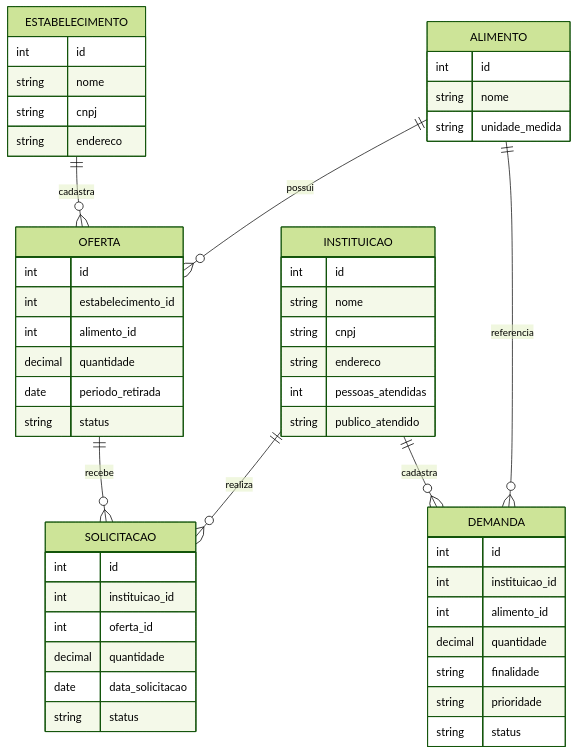
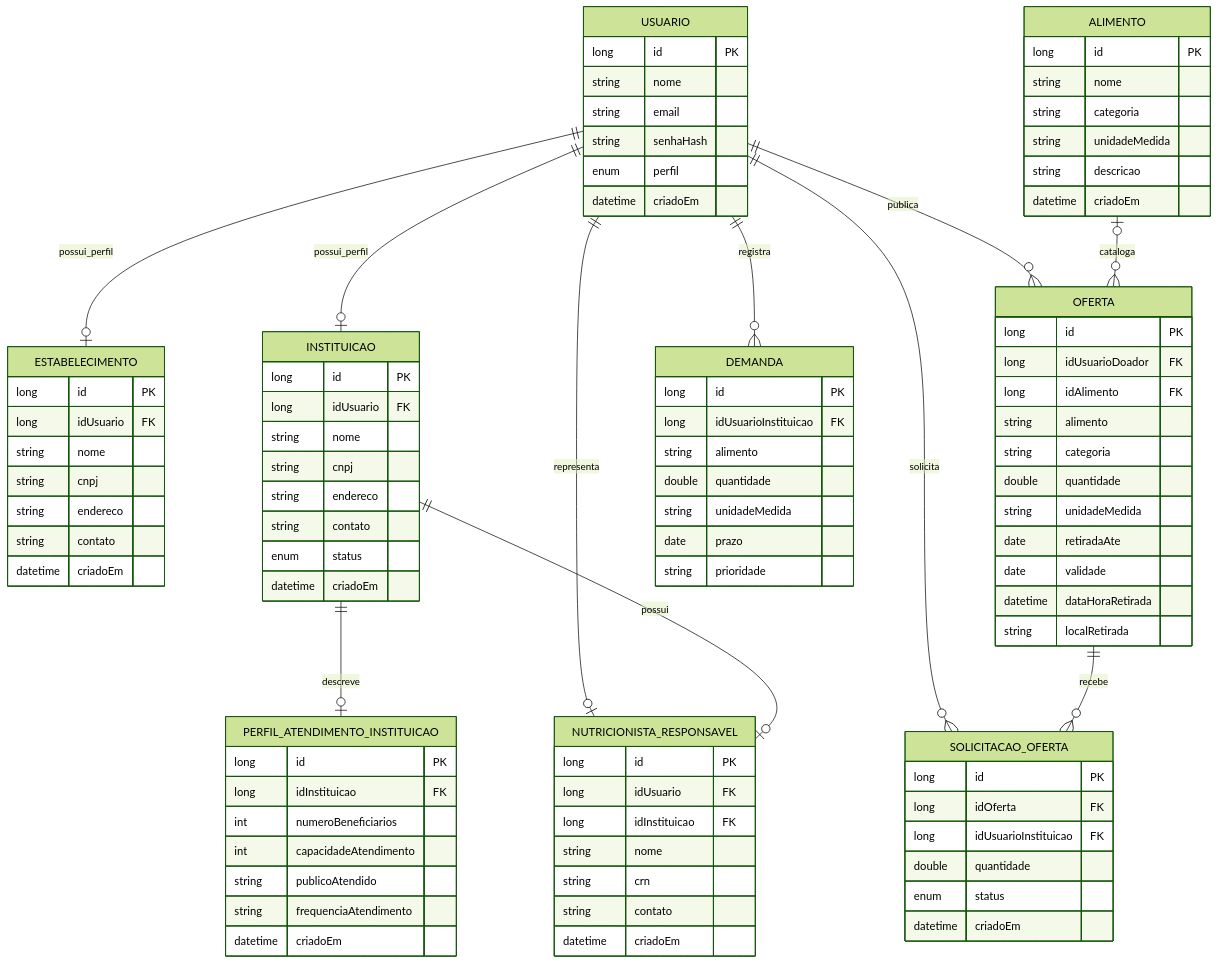
One commit to liviafgs/TrabalhoPratico-eng-software changed the fourth of 4 diagrams in modelaem/modelagem.md. Above: the diagram before and after it, drawn with Mermaid (forest theme). The commit also changed 1 other file, not shown here.

Commit message:
fix: modelagem de diagrama

````diff
--- a/modelaem/modelagem.md
+++ b/modelaem/modelagem.md
@@ -117,60 +117,105 @@
 ```mermaid
 erDiagram
+    USUARIO ||--o| ESTABELECIMENTO : possui_perfil
+    USUARIO ||--o| INSTITUICAO : possui_perfil
+    USUARIO ||--o{ OFERTA : publica
+    USUARIO ||--o{ DEMANDA : registra
+    USUARIO ||--o{ SOLICITACAO_OFERTA : solicita
+    USUARIO ||--o| NUTRICIONISTA_RESPONSAVEL : representa
+    INSTITUICAO ||--o| PERFIL_ATENDIMENTO_INSTITUICAO : descreve
+    INSTITUICAO ||--o| NUTRICIONISTA_RESPONSAVEL : possui
+    OFERTA ||--o{ SOLICITACAO_OFERTA : recebe
+    ALIMENTO o|--o{ OFERTA : cataloga
 
-    ESTABELECIMENTO ||--o{ OFERTA : cadastra
-    INSTITUICAO ||--o{ SOLICITACAO : realiza
-    OFERTA ||--o{ SOLICITACAO : recebe
-    INSTITUICAO ||--o{ DEMANDA : cadastra
-    ALIMENTO ||--o{ OFERTA : possui
-    ALIMENTO ||--o{ DEMANDA : referencia
+    USUARIO {
+        long id PK
+        string nome
+        string email
+        string senhaHash
+        enum perfil
+        datetime criadoEm
+    }
 
     ESTABELECIMENTO {
-        int id
+        long id PK
+        long idUsuario FK
         string nome
         string cnpj
         string endereco
+        string contato
+        datetime criadoEm
     }
 
     INSTITUICAO {
-        int id
+        long id PK
+        long idUsuario FK
         string nome
         string cnpj
         string endereco
-        int pessoas_atendidas
-        string publico_atendido
+        string contato
+        enum status
+        datetime criadoEm
+    }
+
+    PERFIL_ATENDIMENTO_INSTITUICAO {
+        long id PK
+        long idInstituicao FK
+        int numeroBeneficiarios
+        int capacidadeAtendimento
+        string publicoAtendido
+        string frequenciaAtendimento
+        datetime criadoEm
+    }
+
+    NUTRICIONISTA_RESPONSAVEL {
+        long id PK
+        long idUsuario FK
+        long idInstituicao FK
+        string nome
+        string crn
+        string contato
+        datetime criadoEm
+    }
+
+    ALIMENTO {
+        long id PK
+        string nome
+        string categoria
+        string unidadeMedida
+        string descricao
+        datetime criadoEm
     }
 
     OFERTA {
-        int id
-        int estabelecimento_id
-        int alimento_id
-        decimal quantidade
-        date periodo_retirada
-        string status
-    }
-
-    SOLICITACAO {
-        int id
-        int instituicao_id
-        int oferta_id
-        decimal quantidade
-        date data_solicitacao
-        string status
+        long id PK
+        long idUsuarioDoador FK
+        long idAlimento FK
+        string alimento
+        string categoria
+        double quantidade
+        string unidadeMedida
+        date retiradaAte
+        date validade
+        datetime dataHoraRetirada
+        string localRetirada
     }
 
     DEMANDA {
-        int id
-        int instituicao_id
-        int alimento_id
-        decimal quantidade
-        string finalidade
+        long id PK
+        long idUsuarioInstituicao FK
+        string alimento
+        double quantidade
+        string unidadeMedida
+        date prazo
         string prioridade
-        string status
     }
 
-    ALIMENTO {
-        int id
-        string nome
-        string unidade_medida
+    SOLICITACAO_OFERTA {
+        long id PK
+        long idOferta FK
+        long idUsuarioInstituicao FK
+        double quantidade
+        enum status
+        datetime criadoEm
     }
 ```
````
